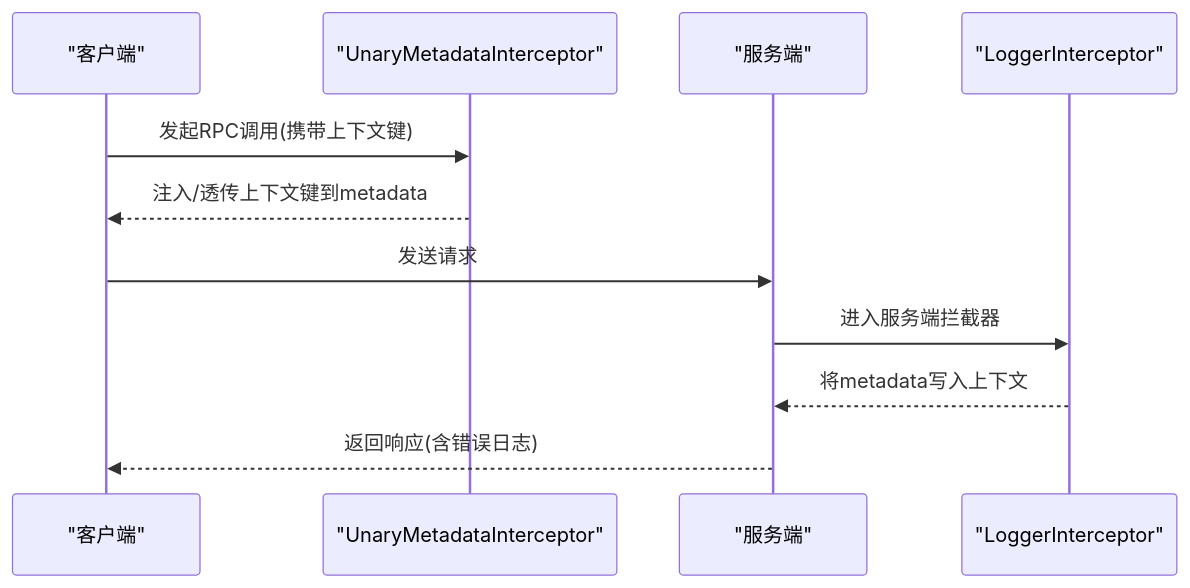
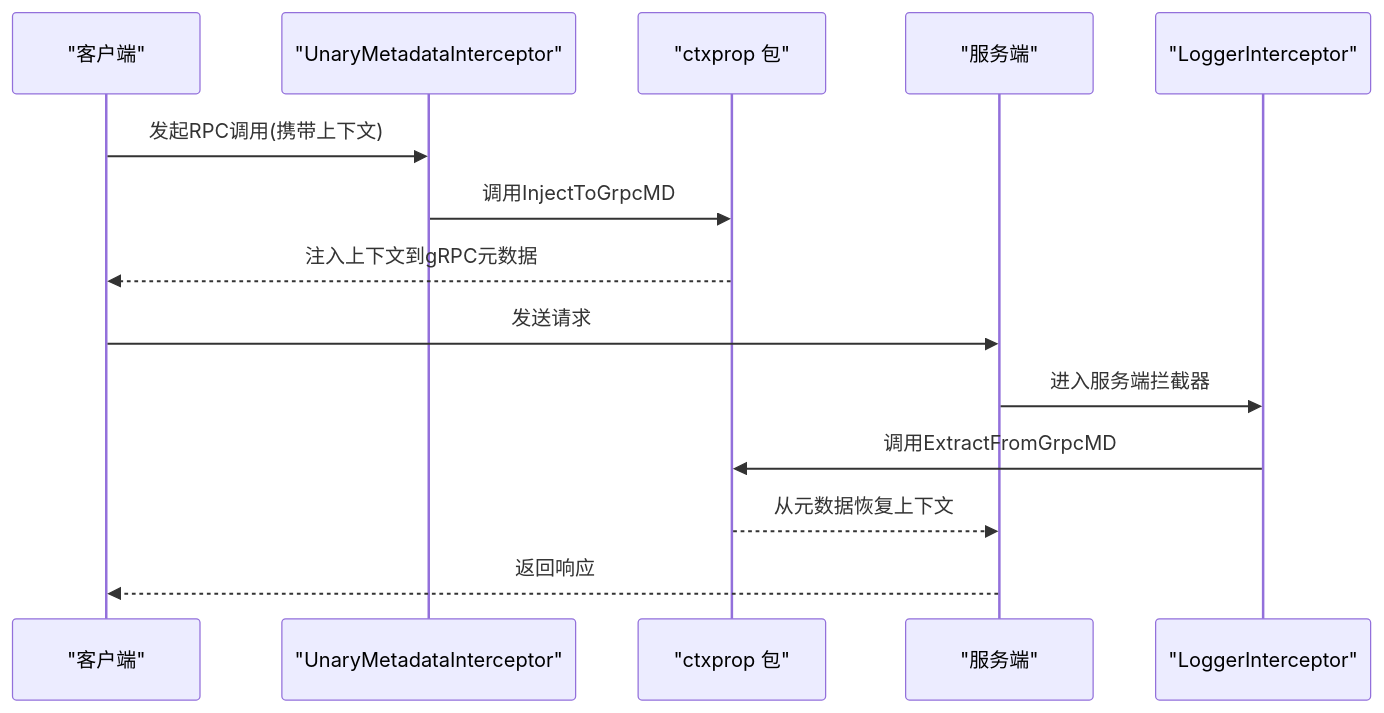
One commit to maomao94/zero-service changed the seventh of 9 diagrams in .qoder/repowiki/zh/content/扩展开发/插件开发.md. Above: the diagram before and after it, drawn with Mermaid. The commit also changed other lines of this file and 19 other files, not shown here.

````diff
--- a/.qoder/repowiki/zh/content/扩展开发/插件开发.md
+++ b/.qoder/repowiki/zh/content/扩展开发/插件开发.md
@@ -263,13 +299,16 @@
 ```mermaid
 sequenceDiagram
 participant C as "客户端"
 participant IC as "UnaryMetadataInterceptor"
+participant CTX as "ctxprop 包"
 participant S as "服务端"
 participant LC as "LoggerInterceptor"
-C->>IC : 发起RPC调用(携带上下文键)
-IC-->>C : 注入/透传上下文键到metadata
+C->>IC : 发起RPC调用(携带上下文)
+IC->>CTX : 调用InjectToGrpcMD
+CTX-->>C : 注入上下文到gRPC元数据
 C->>S : 发送请求
 S->>LC : 进入服务端拦截器
-LC-->>S : 将metadata写入上下文
-S-->>C : 返回响应(含错误日志)
+LC->>CTX : 调用ExtractFromGrpcMD
+CTX-->>S : 从元数据恢复上下文
+S-->>C : 返回响应
 ```
````
